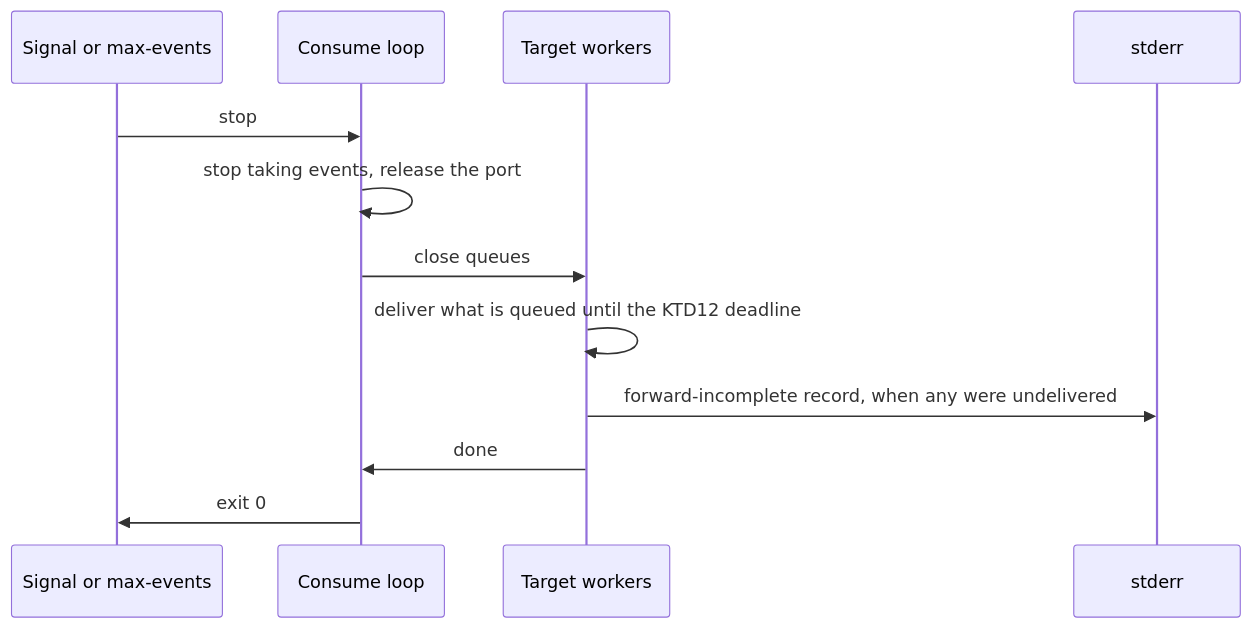
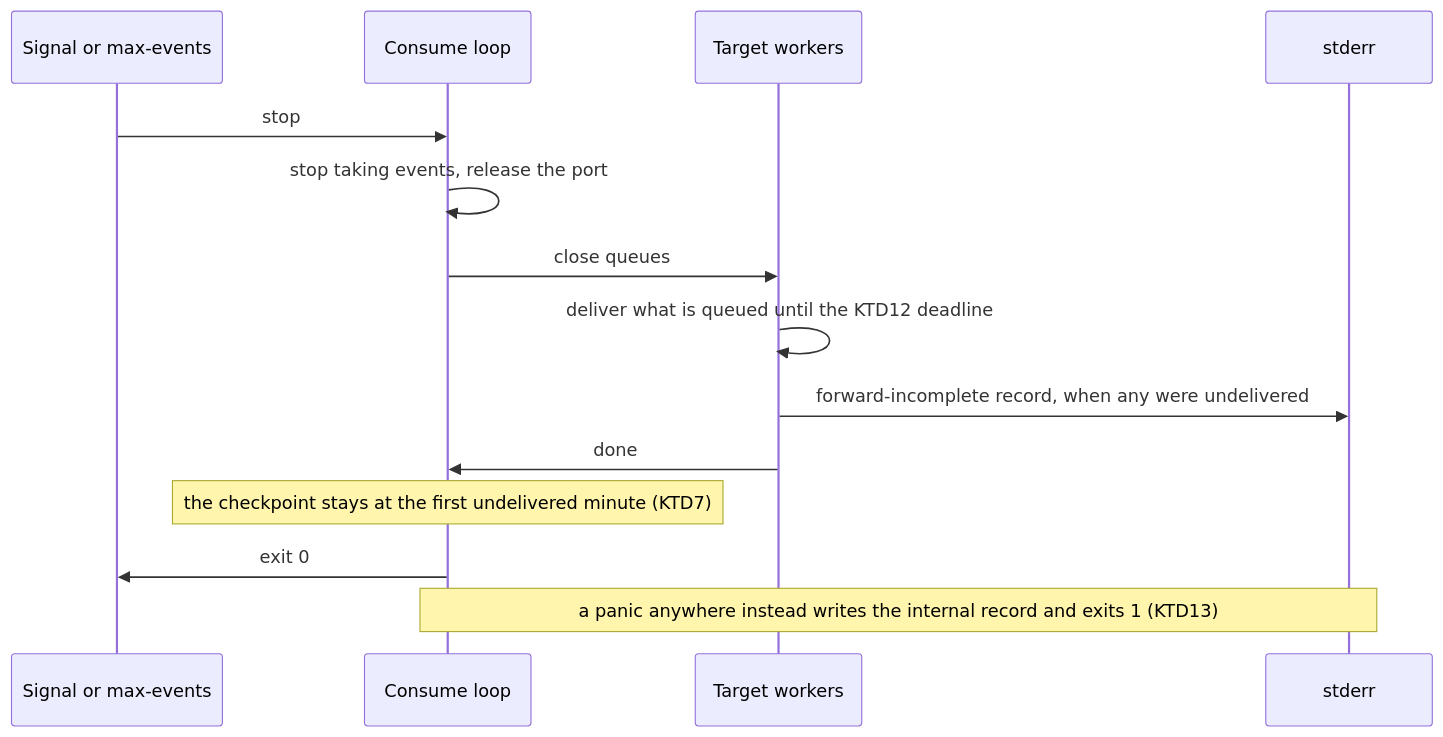
The second of 3 diagrams in docs/plans/2026-10-22-1551-feat-webhooks-listen-forwarding-plan.md (brettdavies/xurl-rs), drawn with Mermaid before and after one commit. The commit also changed other lines of this file, not shown here.

First line of the commit message:
docs(plans): record the second eng review of the listen forwarding plan

````diff
--- a/docs/plans/2026-10-22-1551-feat-webhooks-listen-forwarding-plan.md
+++ b/docs/plans/2026-10-22-1551-feat-webhooks-listen-forwarding-plan.md
@@ -316,14 +340,16 @@
 ```mermaid
 sequenceDiagram
   participant S as Signal or max-events
   participant L as Consume loop
   participant W as Target workers
   participant E as stderr
   S->>L: stop
   L->>L: stop taking events, release the port
   L->>W: close queues
   W->>W: deliver what is queued until the KTD12 deadline
   W->>E: forward-incomplete record, when any were undelivered
   W->>L: done
+  Note over L: the checkpoint stays at the first undelivered minute (KTD7)
   L->>S: exit 0
+  Note over L,E: a panic anywhere instead writes the internal record and exits 1 (KTD13)
 ```
````
